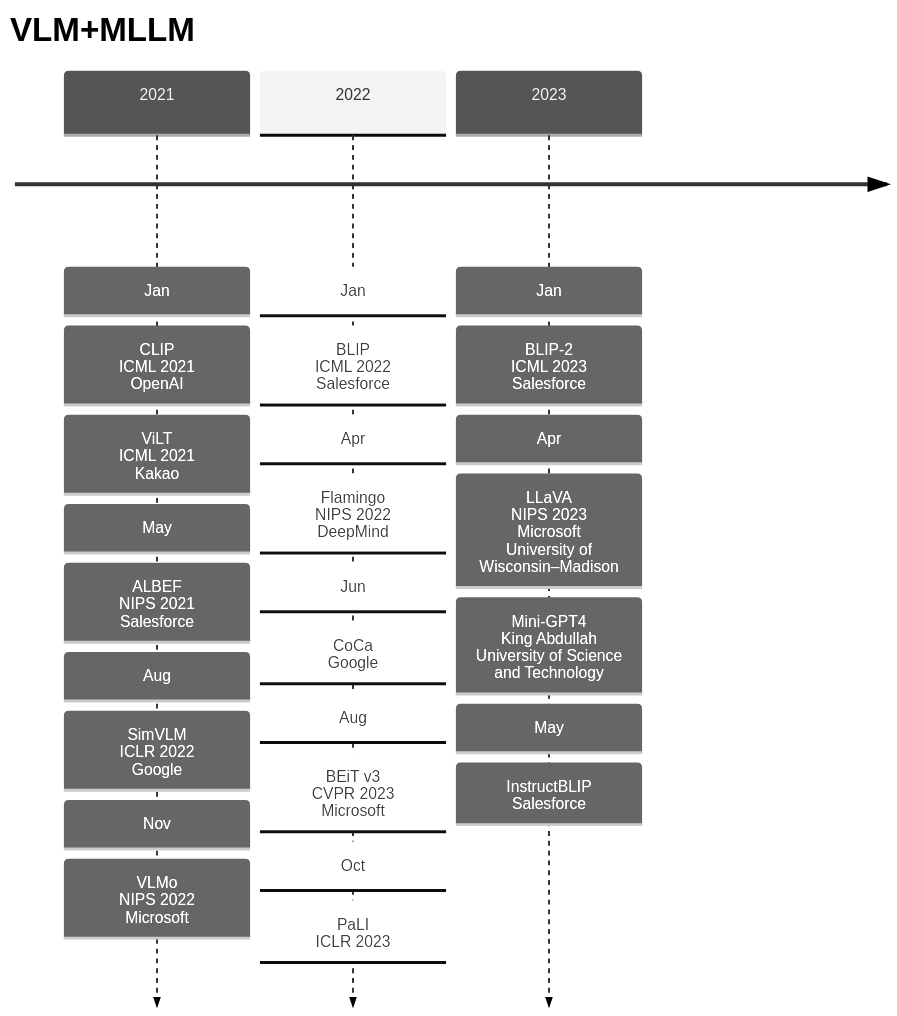
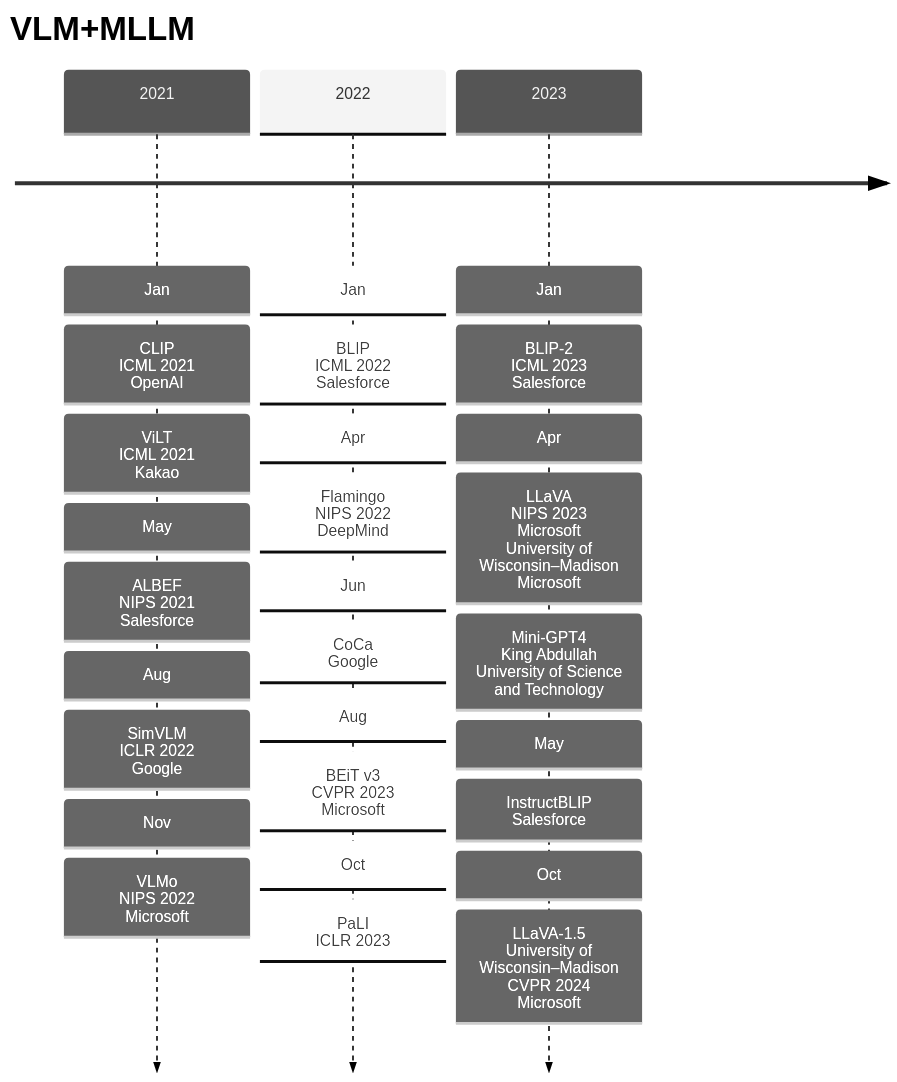
Before and after one commit to Elephant-King9/Paper: the first of 6 diagrams in Base_Model/VLM+VLLM/analyse.md, drawn with Mermaid (neutral theme). The commit also changed other lines of this file and 5 other files, not shown here.

````diff
--- a/Base_Model/VLM+VLLM/analyse.md
+++ b/Base_Model/VLM+VLLM/analyse.md
@@ -5,30 +5,32 @@
 ```mermaid
 timeline
     title VLM+MLLM
     2021 : Jan
     		 : CLIP<br>ICML 2021<br>OpenAI
     		 : ViLT<br>ICML 2021<br>Kakao
     		 : May
     		 : ALBEF<br>NIPS 2021<br>Salesforce
     		 : Aug
     		 : SimVLM<br>ICLR 2022<br>Google
     		 : Nov
     		 : VLMo<br>NIPS 2022<br>Microsoft
     2022 : Jan
     		 : BLIP<br>ICML 2022<br>Salesforce
     		 : Apr
     		 : Flamingo<br>NIPS 2022<br>DeepMind
     		 : Jun
     		 : CoCa<br>Google
     		 : Aug
     		 : BEiT v3<br>CVPR 2023<br>Microsoft
     		 : Oct
     		 : PaLI<br>ICLR 2023
     2023 : Jan
     		 : BLIP-2<br>ICML 2023<br>Salesforce
     		 : Apr
-				 : LLaVA<br>NIPS 2023<br>Microsoft<br>University of Wisconsin–Madison
+				 : LLaVA<br>NIPS 2023<br>Microsoft<br>University of Wisconsin–Madison<br>Microsoft
 				 : Mini-GPT4<br>King Abdullah University of Science and Technology
 				 : May
 				 : InstructBLIP<br>Salesforce
+				 : Oct
+				 : LLaVA-1.5<br>University of Wisconsin–Madison<br>CVPR 2024<br>Microsoft
 ```
````
